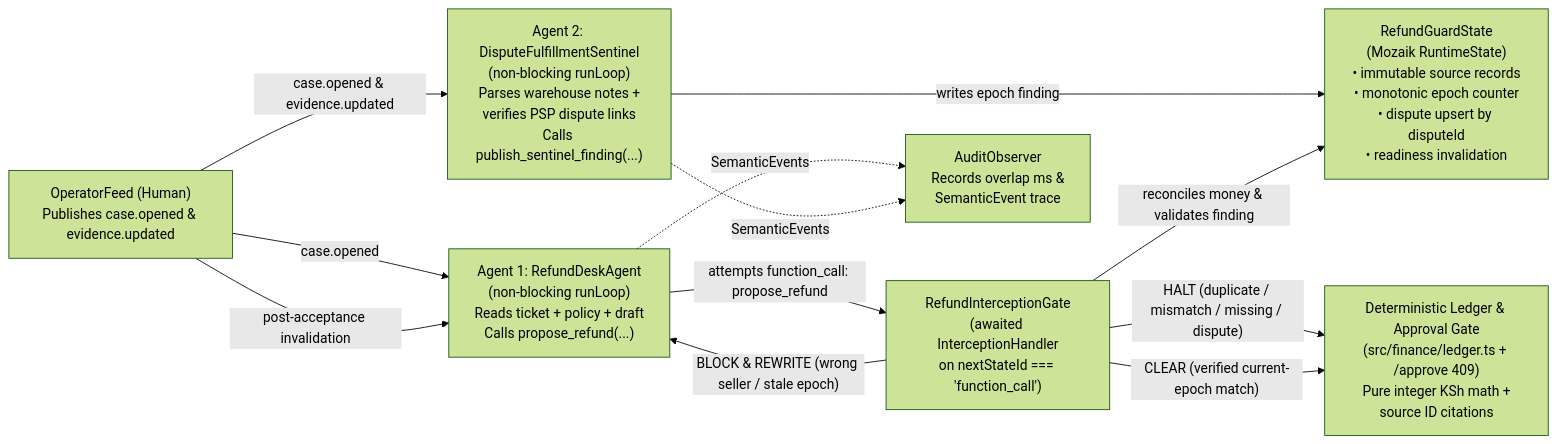
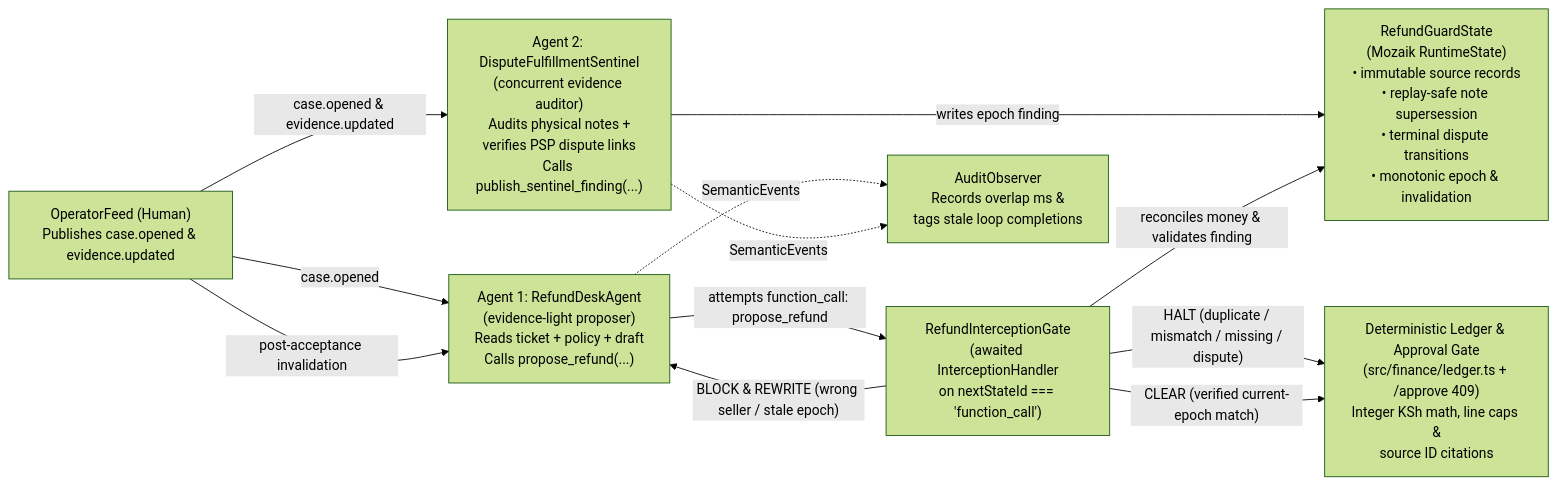
One commit to Grolds-Code/refund-guard changed the diagram in README.md. Above: the diagram before and after it, drawn with Mermaid (forest theme). The commit also changed other lines of this file and 13 other files, not shown here.

Commit message:
Enforce replay-safe supersession, dispute closure identity, line-level refund caps, physical receipt proof, live post-run UI refresh, and portable npm scripts

````diff
--- a/README.md
+++ b/README.md
@@ -31,22 +34,22 @@
 ```mermaid
 flowchart LR
   Op["OperatorFeed (Human)\nPublishes case.opened & evidence.updated"]
-  State["RefundGuardState\n(Mozaik RuntimeState)\n• immutable source records\n• monotonic epoch counter\n• dispute upsert by disputeId\n• readiness invalidation"]
-  A1["Agent 1: RefundDeskAgent\n(non-blocking runLoop)\nReads ticket + policy + draft\nCalls propose_refund(...)"]
-  A2["Agent 2: DisputeFulfillmentSentinel\n(non-blocking runLoop)\nParses warehouse notes +\nverifies PSP dispute links\nCalls publish_sentinel_finding(...)"]
+  State["RefundGuardState\n(Mozaik RuntimeState)\n• immutable source records\n• replay-safe note supersession\n• terminal dispute transitions\n• monotonic epoch & invalidation"]
+  A1["Agent 1: RefundDeskAgent\n(evidence-light proposer)\nReads ticket + policy + draft\nCalls propose_refund(...)"]
+  A2["Agent 2: DisputeFulfillmentSentinel\n(concurrent evidence auditor)\nAudits physical notes +\nverifies PSP dispute links\nCalls publish_sentinel_finding(...)"]
   Gate["RefundInterceptionGate\n(awaited InterceptionHandler\non nextStateId === 'function_call')"]
-  Calc["Deterministic Ledger & Approval Gate\n(src/finance/ledger.ts + /approve 409)\nPure integer KSh math +\nsource ID citations"]
-  Obs["AuditObserver\nRecords overlap ms &\nSemanticEvent trace"]
+  Calc["Deterministic Ledger & Approval Gate\n(src/finance/ledger.ts + /approve 409)\nInteger KSh math, line caps &\nsource ID citations"]
+  Obs["AuditObserver\nRecords overlap ms &\ntags stale loop completions"]
 
   Op -- "case.opened" --> A1
   Op -- "case.opened & evidence.updated" --> A2
   Op -- "post-acceptance invalidation" --> A1
   A2 -- "writes epoch finding" --> State
   A1 -- "attempts function_call: propose_refund" --> Gate
   Gate -- "reconciles money & validates finding" --> State
   Gate -- "BLOCK & REWRITE (wrong seller / stale epoch)" --> A1
   Gate -- "HALT (duplicate / mismatch / missing / dispute)" --> Calc
   Gate -- "CLEAR (verified current-epoch match)" --> Calc
   A1 -. "SemanticEvents" .-> Obs
   A2 -. "SemanticEvents" .-> Obs
 ```
````
